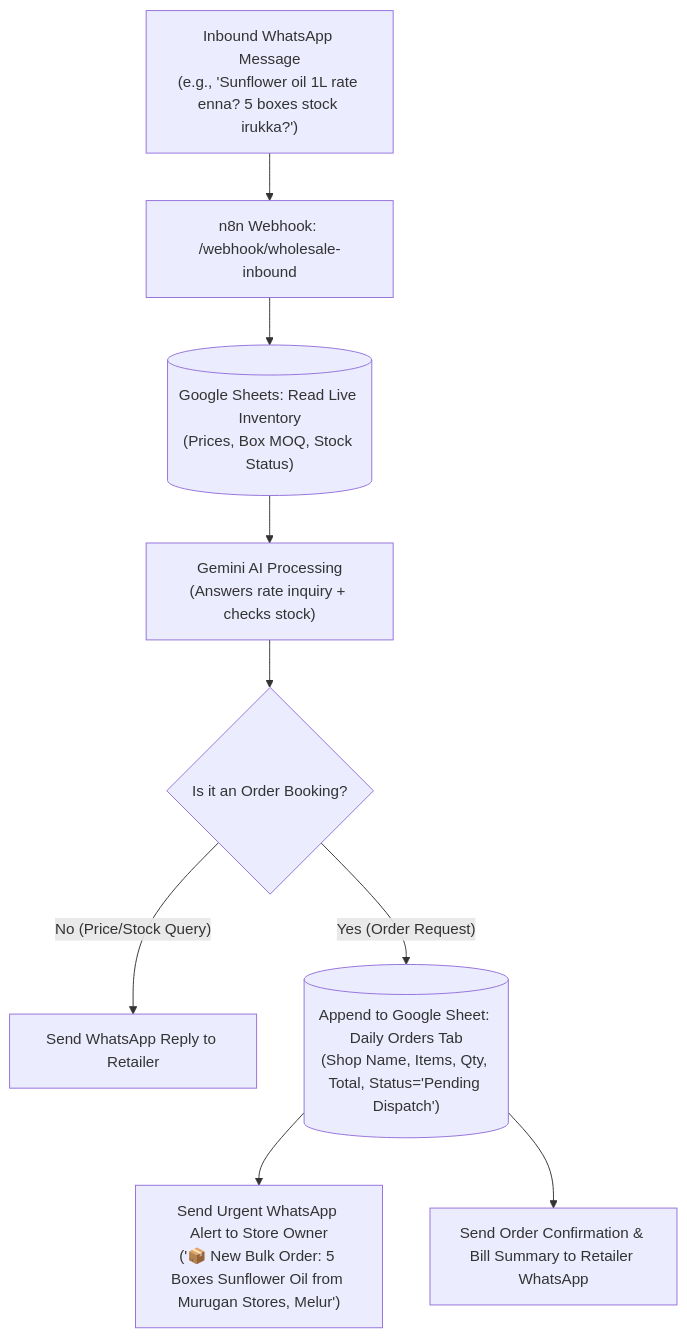
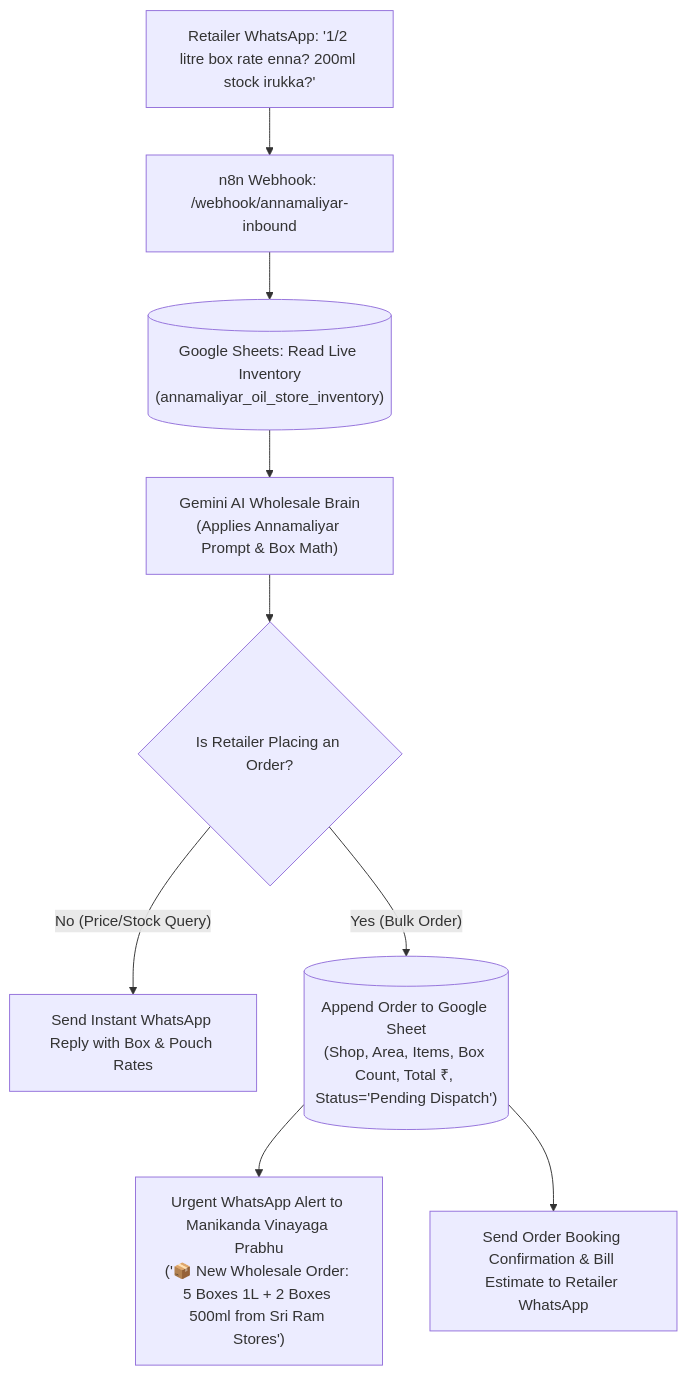
The diagram in project/05_wholesale_whatsapp_agent/PRD_AND_PROMPTS.md (sureshkumar20133151-arch/n8n), drawn with Mermaid before and after one commit. The commit also changed other lines of this file and 4 other files, not shown here.

Commit message:
feat: add Annamaliyar Oil Store inventory, Taj Hotel Madurai Biryani menu, and interactive multi-persona switch web page

````diff
--- a/project/05_wholesale_whatsapp_agent/PRD_AND_PROMPTS.md
+++ b/project/05_wholesale_whatsapp_agent/PRD_AND_PROMPTS.md
@@ -79,11 +90,11 @@
 ```mermaid
 flowchart TD
-    Inbound["Inbound WhatsApp Message\n(e.g., 'Sunflower oil 1L rate enna? 5 boxes stock irukka?')"] --> Webhook["n8n Webhook: /webhook/wholesale-inbound"]
-    Webhook --> ReadSheet[("Google Sheets: Read Live Inventory\n(Prices, Box MOQ, Stock Status)")]
-    ReadSheet --> Gemini["Gemini AI Processing\n(Answers rate inquiry + checks stock)"]
-    Gemini --> Detect{"Is it an Order Booking?"}
-    Detect -- "No (Price/Stock Query)" --> SendQuote["Send WhatsApp Reply to Retailer"]
-    Detect -- "Yes (Order Request)" --> LogOrder[("Append to Google Sheet: Daily Orders Tab\n(Shop Name, Items, Qty, Total, Status='Pending Dispatch')")]
-    LogOrder --> AlertOwner["Send Urgent WhatsApp Alert to Store Owner\n('📦 New Bulk Order: 5 Boxes Sunflower Oil from Murugan Stores, Melur')"]
-    LogOrder --> SendConfirmation["Send Order Confirmation & Bill Summary to Retailer WhatsApp"]
+    RetailerMsg["Retailer WhatsApp: '1/2 litre box rate enna? 200ml stock irukka?'"] --> Webhook["n8n Webhook: /webhook/annamaliyar-inbound"]
+    Webhook --> ReadSheets[("Google Sheets: Read Live Inventory\n(annamaliyar_oil_store_inventory)")]
+    ReadSheets --> Gemini["Gemini AI Wholesale Brain\n(Applies Annamaliyar Prompt & Box Math)"]
+    Gemini --> Check{"Is Retailer Placing an Order?"}
+    Check -- "No (Price/Stock Query)" --> SendWhatsApp["Send Instant WhatsApp Reply with Box & Pouch Rates"]
+    Check -- "Yes (Bulk Order)" --> LogOrder[("Append Order to Google Sheet\n(Shop, Area, Items, Box Count, Total ₹, Status='Pending Dispatch')")]
+    LogOrder --> AlertPrabhu["Urgent WhatsApp Alert to Manikanda Vinayaga Prabhu\n('📦 New Wholesale Order: 5 Boxes 1L + 2 Boxes 500ml from Sri Ram Stores')"]
+    LogOrder --> ConfirmRetailer["Send Order Booking Confirmation & Bill Estimate to Retailer WhatsApp"]
 ```
````
